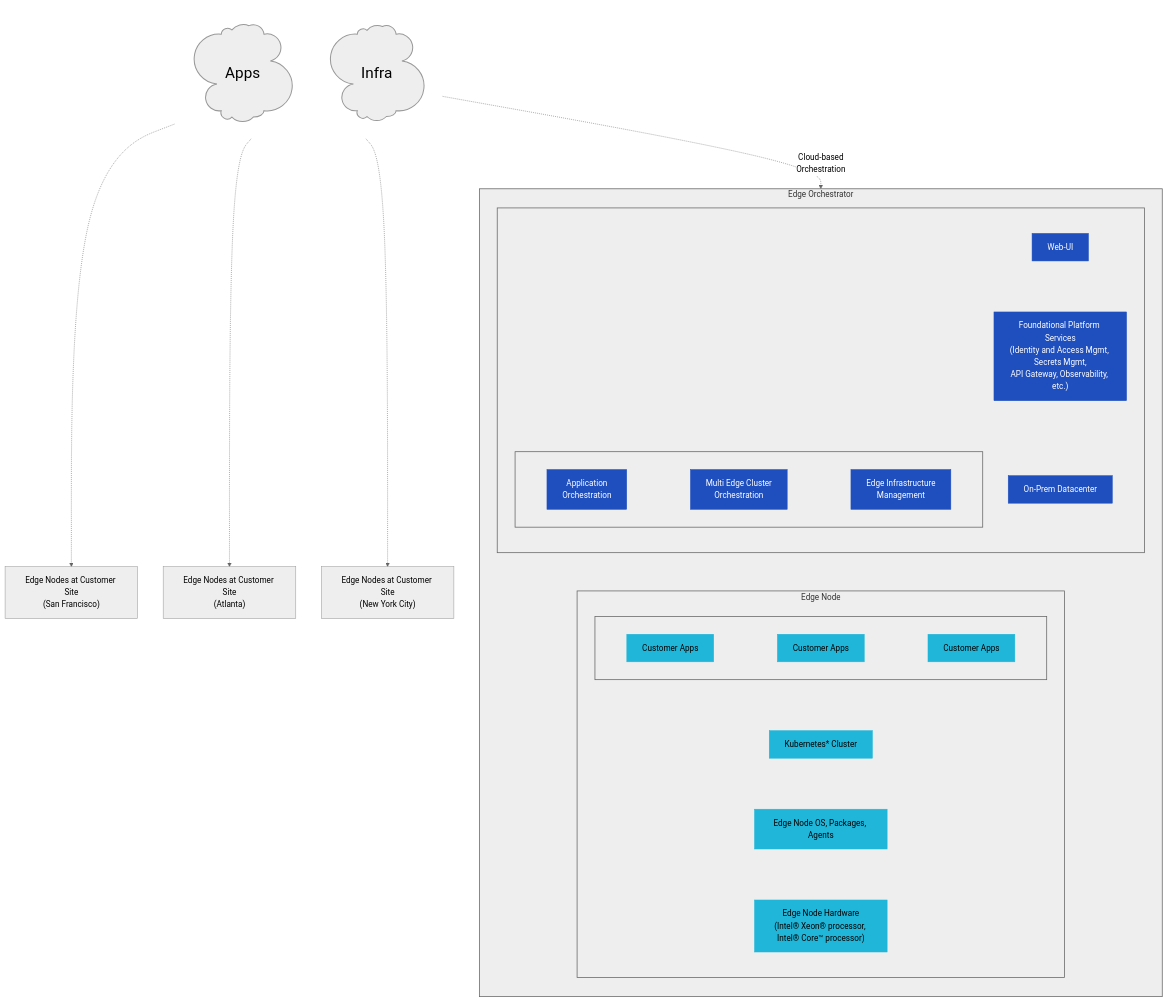
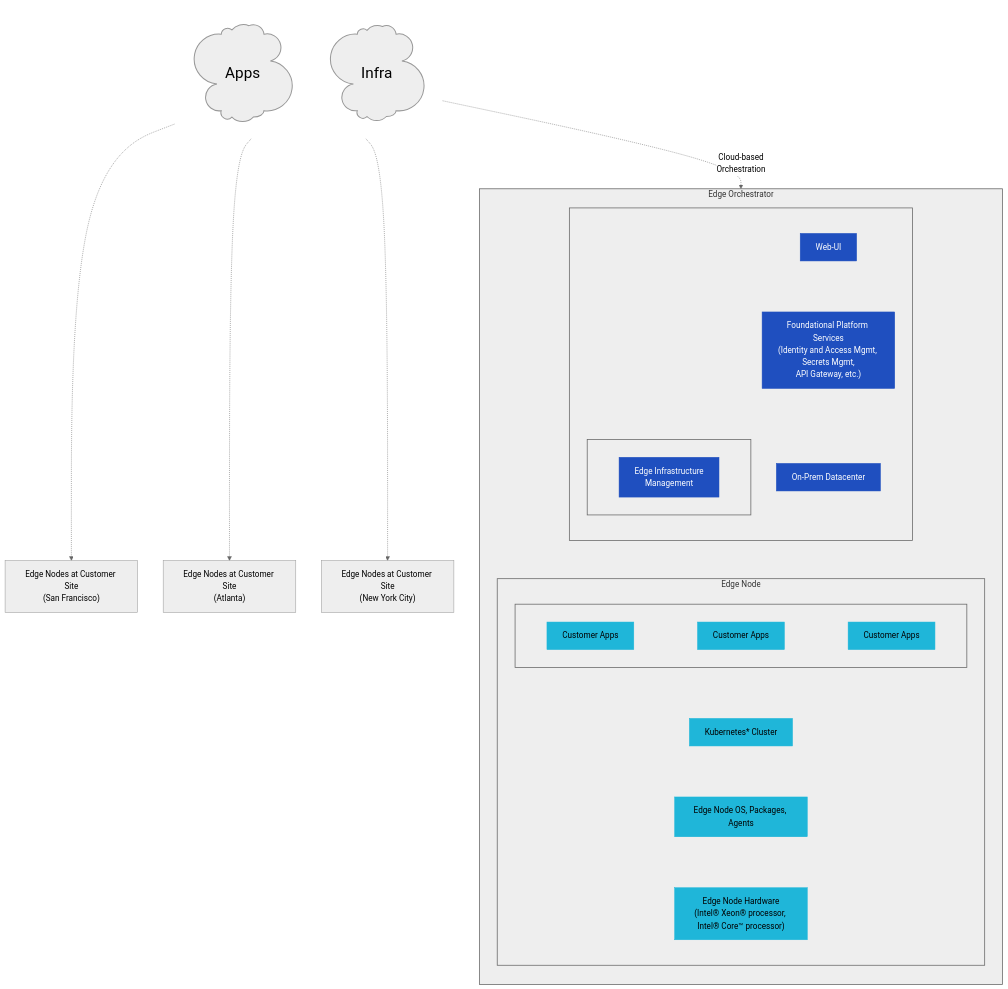
One commit to open-edge-platform/edge-manageability-framework changed the diagram in README.md. Above: the diagram before and after it, drawn with Mermaid (neutral theme). The commit also changed other lines of this file, not shown here.

```diff
--- a/README.md
+++ b/README.md
@@ -55,12 +55,10 @@
 
         subgraph OrchestrationLayer[" "]
             direction LR
-            AppOrch["Application<br>Orchestration"] ~~~
-            ClusterOrch["Multi Edge Cluster<br>Orchestration"] ~~~
             InfraMgmt["Edge Infrastructure<br>Management"] 
         end
 
-        Platform["Foundational Platform Services<br/>(Identity and Access Mgmt, Secrets Mgmt,<br/>API Gateway, Observability, etc.)"]
+        Platform["Foundational Platform Services<br/>(Identity and Access Mgmt, Secrets Mgmt,<br/>API Gateway, etc.)"]
 
         INFRA[On-Prem Datacenter]
 end
@@ -102,7 +100,7 @@
     classDef transparent fill:#00000000,stroke-width:0px;
 
     class EO,EdgeNode,AppsRow,Orch,OrchestrationLayer, grey;
-    class WebUI,AppOrch,ClusterOrch,InfraMgmt,Platform,INFRA blue;
+    class WebUI,InfraMgmt,Platform,INFRA blue;
     class CA1,CA2,CA3,K8s,OS,HW lightblue;
     class Cloud transparent;
 
```
